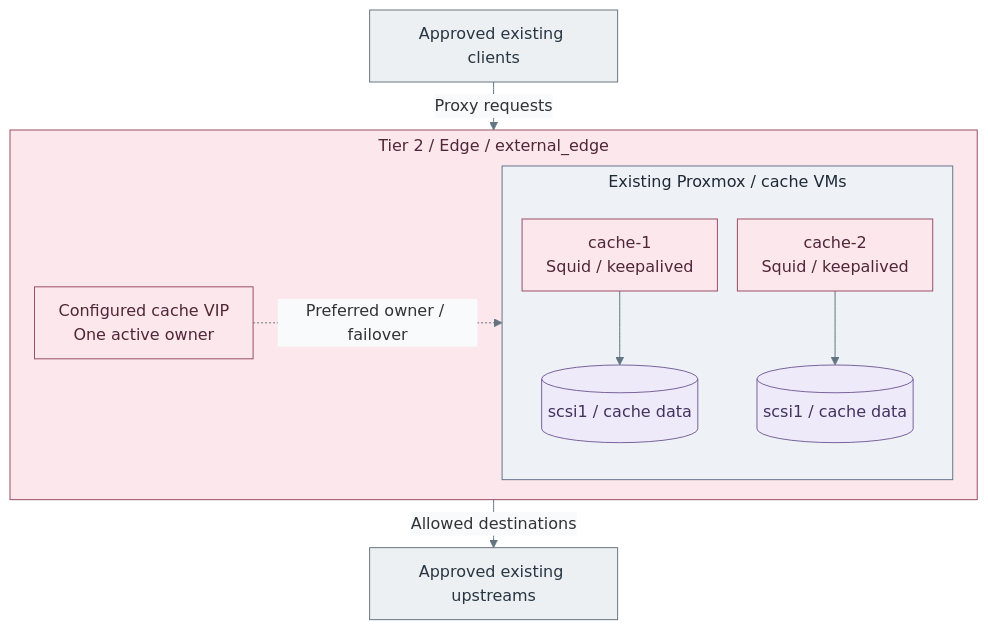
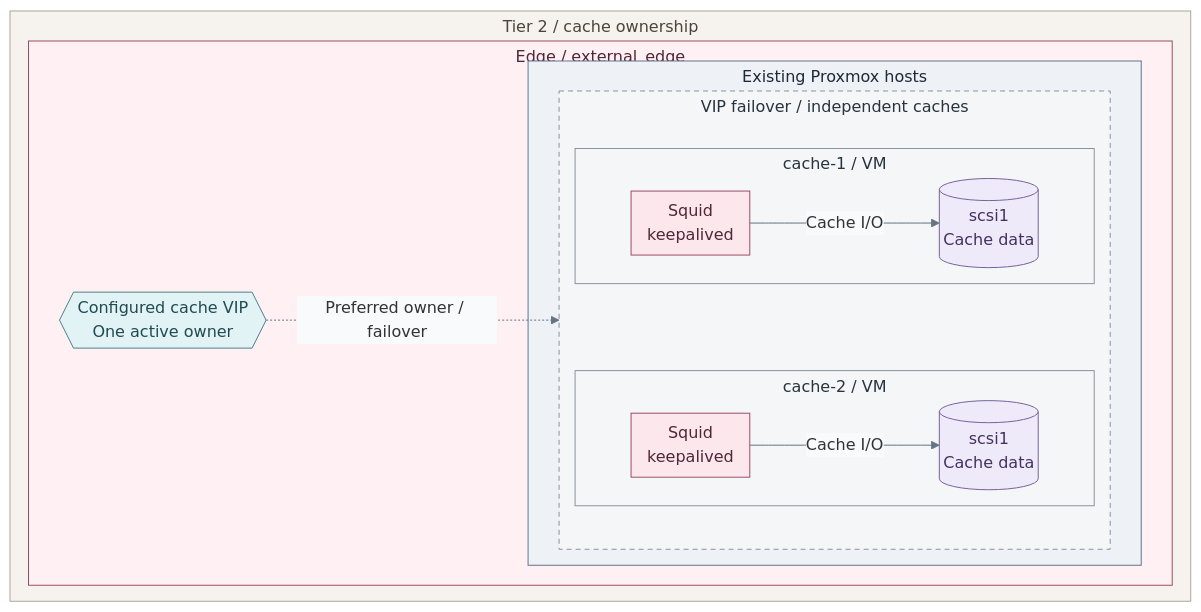
Before and after one commit to Rexus/homelab: the diagram in docs/03-deployment/stage-1-software-intake/README.md, drawn with Mermaid. The commit also changed other lines of this file and 108 other files, not shown here.

Commit message:
docs(diagrams): unify visual language and opening views

````diff
--- a/docs/03-deployment/stage-1-software-intake/README.md
+++ b/docs/03-deployment/stage-1-software-intake/README.md
@@ -8,31 +8,48 @@
 ```mermaid
-%%{init: {"theme":"base","flowchart":{"nodeSpacing":20,"rankSpacing":24,"padding":12,"subGraphTitleMargin":{"top":4,"bottom":12}},"themeVariables":{"lineColor":"#627581","edgeLabelBackground":"#f8fafc"}}}%%
-flowchart TB
-  Clients["Approved existing clients"]
-  subgraph T2["Tier 2 / Edge / external_edge"]
+%%{init: {"theme":"base","flowchart":{"nodeSpacing":12,"rankSpacing":12,"padding":8,"subGraphTitleMargin":{"top":4,"bottom":10}},"themeVariables":{"lineColor":"#627581","edgeLabelBackground":"#f8fafc"}}}%%
+flowchart LR
+  subgraph T2["Tier 2 / cache ownership"]
     direction LR
-    VIP["Configured cache VIP<br/>One active owner"]
-    subgraph PVE["Existing Proxmox / cache VMs"]
-      direction TB
-      A["cache-1<br/>Squid / keepalived"]
-      B["cache-2<br/>Squid / keepalived"]
-      DA[("scsi1 / cache data")]
-      DB[("scsi1 / cache data")]
-      A --> DA
-      B --> DB
+    subgraph Zone["Edge / external_edge"]
+      direction LR
+      VIP{{"Configured cache VIP<br/>One active owner"}}
+      subgraph PVE["Existing Proxmox hosts"]
+        subgraph Pair["VIP failover / independent caches"]
+          direction TB
+          subgraph CacheA["cache-1 / VM"]
+            direction LR
+            A["Squid<br/>keepalived"]
+            DA[("scsi1<br/>Cache data")]
+            A -->|Cache I/O| DA
+          end
+          subgraph CacheB["cache-2 / VM"]
+            direction LR
+            B["Squid<br/>keepalived"]
+            DB[("scsi1<br/>Cache data")]
+            B -->|Cache I/O| DB
+          end
+          CacheA ~~~ CacheB
+        end
+      end
+      VIP -. Preferred owner / failover .-> Pair
     end
-    VIP -. Preferred owner / failover .-> PVE
   end
-  Upstream["Approved existing upstreams"]
-  Clients -->|Proxy requests| T2
-  T2 -->|Allowed destinations| Upstream
   classDef default fill:#f8fafc,stroke:#64748b,color:#1f2937
   classDef boundary fill:#eef2f6,stroke:#64748b,color:#1f2937
   classDef edge fill:#fce8ec,stroke:#9b4d67,color:#502638
   classDef data fill:#eeeafa,stroke:#78639b,color:#42325d
   classDef actor fill:#edf0f3,stroke:#697682,color:#293642
-  class T2,VIP,A,B edge
+  classDef group fill:#f5f6f7,stroke:#89939e,color:#273340
+  classDef replicas fill:#f5f6f7,stroke:#89939e,color:#273340,stroke-dasharray:5 4
+  classDef zoneEdge fill:#fff0f3,stroke:#9b4d67,color:#502638
+  class A,B edge
   class PVE boundary
+  class Pair replicas
+  class CacheA,CacheB group
+  class Zone zoneEdge
   class DA,DB data
-  class Clients,Upstream actor
+  classDef traffic fill:#e1f3f5,stroke:#4c7f88,color:#214a52
+  class VIP traffic
+  classDef tier2 fill:#f6f3ef,stroke:#aca59b,color:#4b443c
+  class T2 tier2
 ```
````
